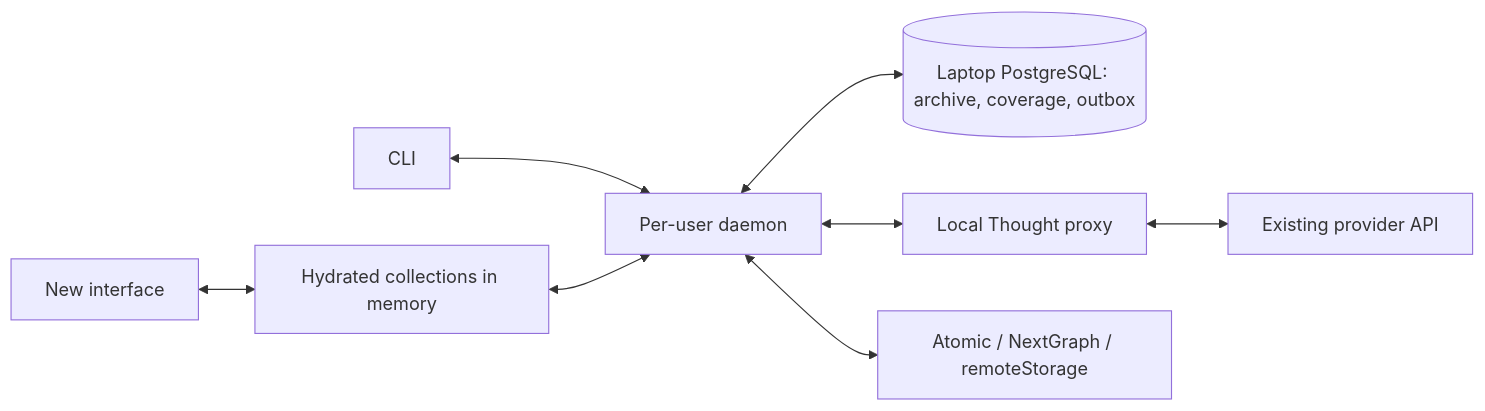
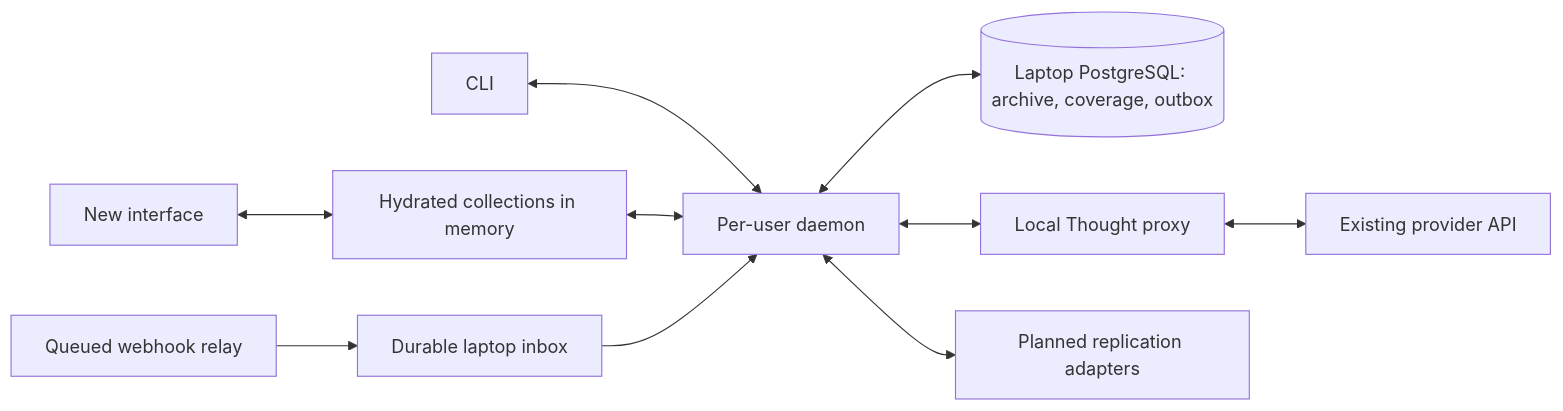
The diagram in syncables/docs/daemon-design.md (ontola/atomic-plugins), drawn with Mermaid before and after one commit. The commit also changed other lines of this file and 2 other files, not shown here.

````diff
--- a/syncables/docs/daemon-design.md
+++ b/syncables/docs/daemon-design.md
@@ -51,10 +58,12 @@
 ```mermaid
 flowchart LR
   UI[New interface] <--> Memory[Hydrated collections in memory]
   CLI[CLI] <--> Daemon[Per-user daemon]
   Memory <--> Daemon
   Daemon <--> DB[(Laptop PostgreSQL: archive, coverage, outbox)]
   Daemon <--> Proxy[Local Thought proxy]
   Proxy <--> API[Existing provider API]
-  Daemon <--> Backends[Atomic / NextGraph / remoteStorage]
+  Relay[Queued webhook relay] --> Inbox[Durable laptop inbox]
+  Inbox --> Daemon
+  Daemon <--> Backends[Planned replication adapters]
 ```
````
